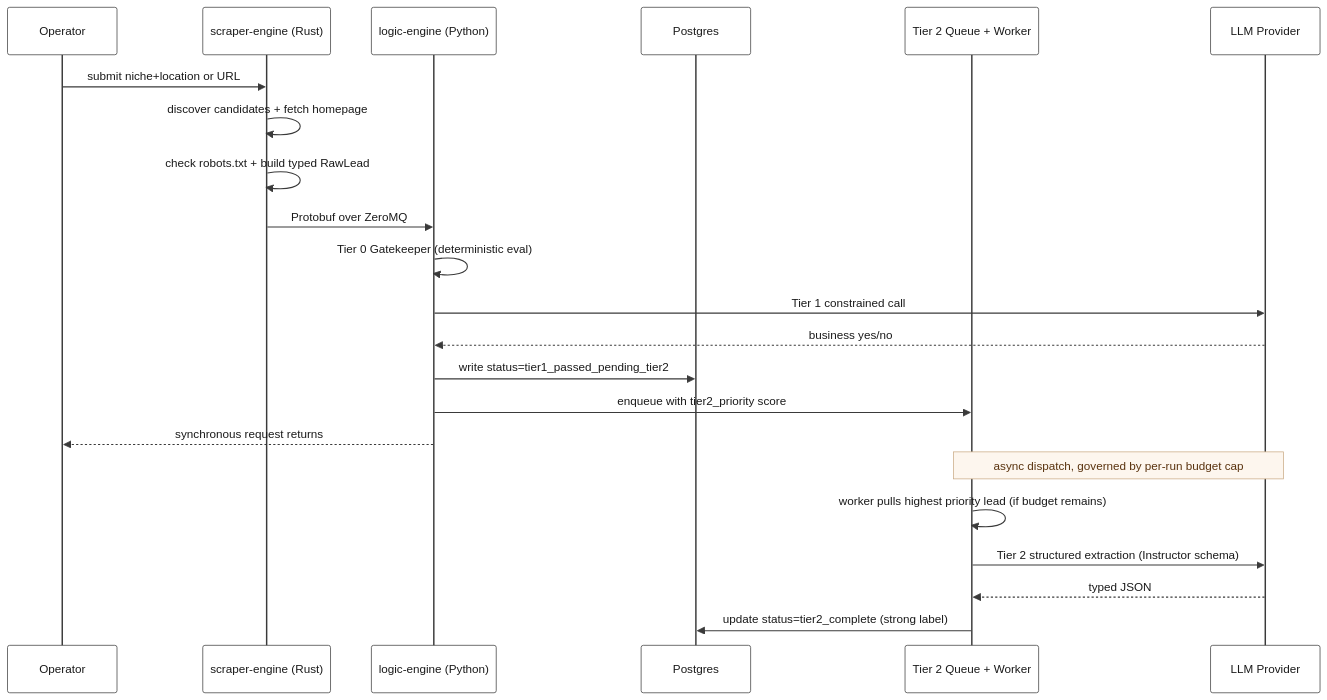
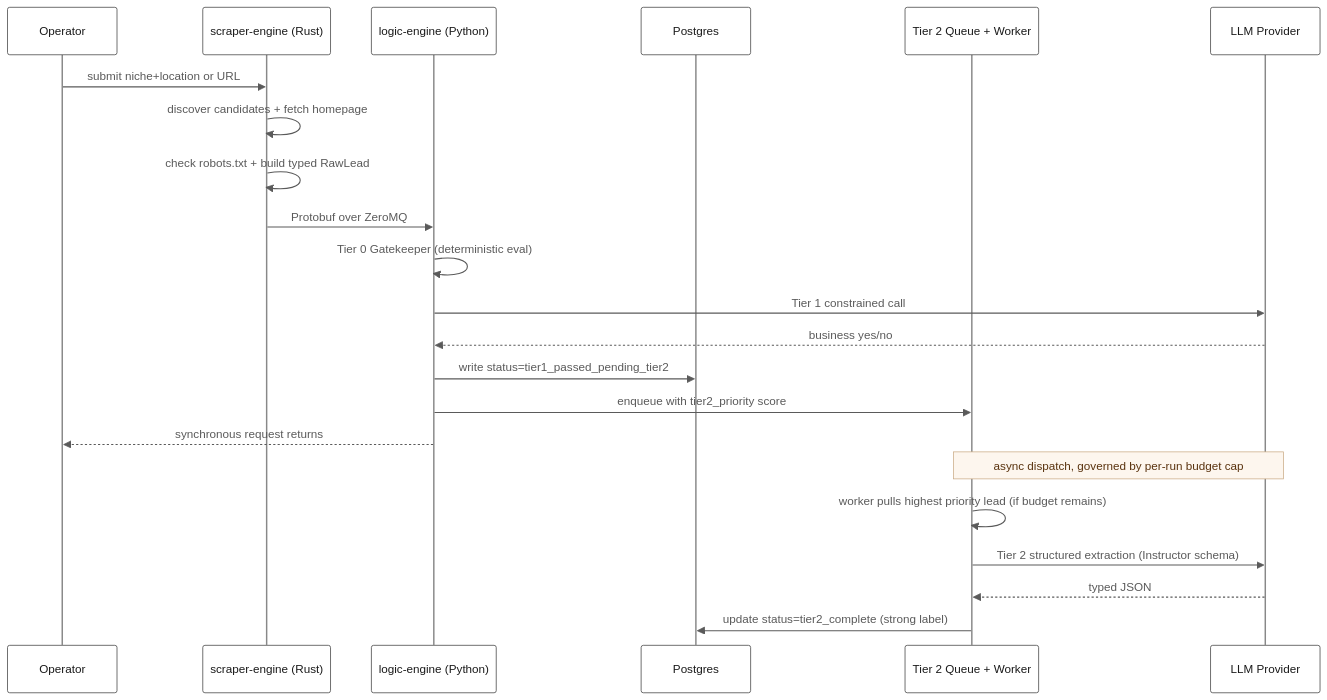
The diagram in docs/pipeline-sequence.md (tesahe/trace-fabric), drawn with Mermaid before and after one commit.

Commit message:
updated pipeline diagram

````diff
--- a/docs/pipeline-sequence.md
+++ b/docs/pipeline-sequence.md
@@ -9,29 +9,29 @@
 ```mermaid
-%%{init: {"theme": "base", "themeVariables": {"fontSize": "14px", "background": "#FFFFFF", "primaryColor": "#FFFFFF", "primaryTextColor": "#1A1A1A", "primaryBorderColor": "#3A3A3A", "lineColor": "#3A3A3A", "secondaryColor": "#F5F5F5", "tertiaryColor": "#FAFAFA", "actorBkg": "#FFFFFF", "actorBorder": "#3A3A3A", "actorTextColor": "#1A1A1A", "actorLineColor": "#3A3A3A", "signalColor": "#3A3A3A", "signalTextColor": "#1A1A1A", "labelBoxBkgColor": "#F5F5F5", "labelBoxBorderColor": "#3A3A3A", "labelTextColor": "#1A1A1A", "loopTextColor": "#1A1A1A", "noteBkgColor": "#FDF6EE", "noteBorderColor": "#C9A983", "noteTextColor": "#5A330F", "activationBkgColor": "#EDEDED", "activationBorderColor": "#3A3A3A"}}}%%
+%%{init: {"theme": "base", "themeVariables": {"fontSize": "14px", "background": "#FFFFFF", "primaryColor": "#FFFFFF", "primaryTextColor": "#1A1A1A", "primaryBorderColor": "#3A3A3A", "lineColor": "#3A3A3A", "secondaryColor": "#F5F5F5", "tertiaryColor": "#FAFAFA", "actorBkg": "#FFFFFF", "actorBorder": "#3A3A3A", "actorTextColor": "#1A1A1A", "actorLineColor": "#888888", "signalColor": "#5A5A5A", "signalTextColor": "#5A5A5A", "labelBoxBkgColor": "#F5F5F5", "labelBoxBorderColor": "#3A3A3A", "labelTextColor": "#1A1A1A", "loopTextColor": "#1A1A1A", "noteBkgColor": "#FDF6EE", "noteBorderColor": "#C9A983", "noteTextColor": "#5A330F", "activationBkgColor": "#EDEDED", "activationBorderColor": "#3A3A3A"}}}%%
 sequenceDiagram
     participant U as Operator
     participant S as scraper-engine (Rust)
     participant L as logic-engine (Python)
     participant DB as Postgres
     participant Q as Tier 2 Queue + Worker
     participant LLM as LLM Provider
 
     U->>S: submit niche+location or URL
     S->>S: discover candidates + fetch homepage
     S->>S: check robots.txt + build typed RawLead
     S->>L: Protobuf over ZeroMQ
 
     L->>L: Tier 0 Gatekeeper (deterministic eval)
     L->>LLM: Tier 1 constrained call
     LLM-->>L: business yes/no
     L->>DB: write status=tier1_passed_pending_tier2
     L->>Q: enqueue with tier2_priority score
     L-->>U: synchronous request returns
 
     Note over Q,LLM: async dispatch, governed by per-run budget cap
 
     Q->>Q: worker pulls highest priority lead (if budget remains)
     Q->>LLM: Tier 2 structured extraction (Instructor schema)
     LLM-->>Q: typed JSON
     Q->>DB: update status=tier2_complete (strong label)
 ```
````
